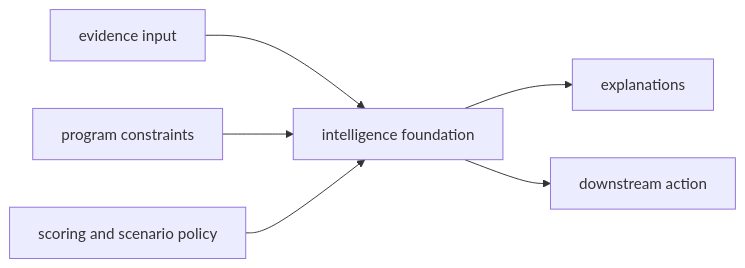
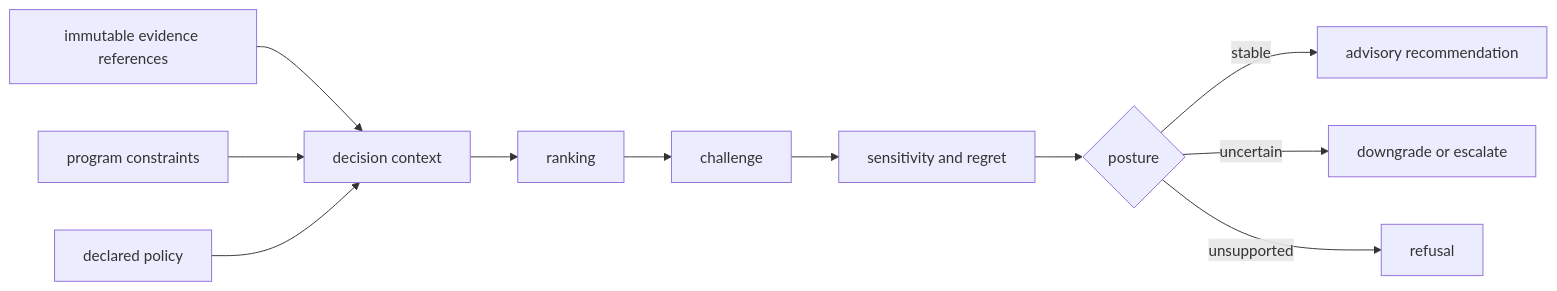
Before and after one commit to bijux/bijux-proteomics: the first of 2 diagrams in docs/05-bijux-proteomics-intelligence/foundation/index.md, drawn with Mermaid. The commit also changed other lines of this file and 3 other files, not shown here.

Commit message:
docs(reasoning): connect evidence memory to decision policy

````diff
--- a/docs/05-bijux-proteomics-intelligence/foundation/index.md
+++ b/docs/05-bijux-proteomics-intelligence/foundation/index.md
@@ -30,15 +18,13 @@
 ```mermaid
 flowchart LR
-    evidence["evidence input"]
-    constraints["program constraints"]
-    policy["scoring and scenario policy"]
-    explanation["explanations"]
-    intelligence["intelligence foundation"]
-    action["downstream action"]
-
-    evidence --> intelligence
-    constraints --> intelligence
-    policy --> intelligence
-    intelligence --> explanation
-    intelligence --> action
+    E["immutable evidence references"] --> J["decision context"]
+    C["program constraints"] --> J
+    P["declared policy"] --> J
+    J --> R["ranking"]
+    R --> H["challenge"]
+    H --> S["sensitivity and regret"]
+    S --> O{"posture"}
+    O -->|stable| A["advisory recommendation"]
+    O -->|uncertain| D["downgrade or escalate"]
+    O -->|unsupported| F["refusal"]
 ```
````
